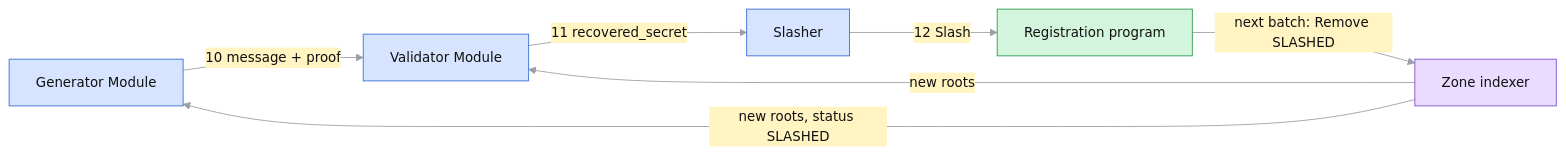
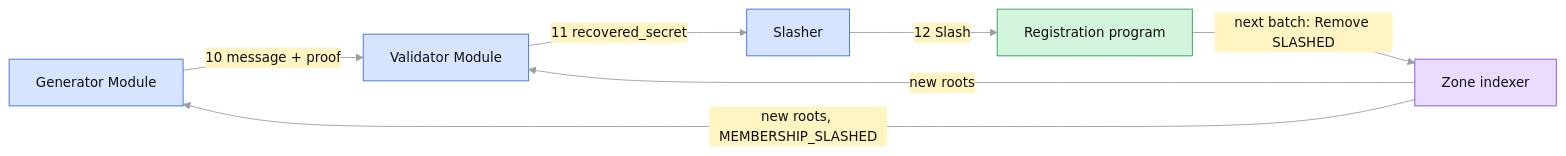
Before and after one commit to logos-co/logos-rln-membership-zone: the second of 8 diagrams in docs/rfc-rln-membership-zone.md, drawn with Mermaid. The commit also changed other lines of this file, not shown here.

````diff
--- a/docs/rfc-rln-membership-zone.md
+++ b/docs/rfc-rln-membership-zone.md
@@ -205,17 +226,17 @@
 ```mermaid
 %%{init: {"theme": "base", "flowchart": {"nodeSpacing": 40, "rankSpacing": 50}, "themeVariables": {"lineColor": "#9aa0a6", "primaryTextColor": "#111111", "edgeLabelBackground": "#fff4c2", "fontSize": "15px"}}}%%
 flowchart LR
     SND["Generator Module"] -->|"10 message + proof"| VAL["Validator Module"]
     VAL -->|"11 recovered_secret"| SL["Slasher"]
     SL -->|"12 Slash"| PROG["Registration program"]
     PROG -->|"next batch: Remove SLASHED"| IDX["Zone indexer"]
     IDX -->|"new roots"| VAL
-    IDX -->|"new roots, status SLASHED"| SND
+    IDX -->|"new roots, MEMBERSHIP_SLASHED"| SND
 
     classDef user fill:#d6e4ff,stroke:#3b6fd8,color:#111111
     classDef lez fill:#d4f5dd,stroke:#2e9b52,color:#111111
     classDef zone fill:#e9dcff,stroke:#7d4fd1,color:#111111
     class SND,VAL,SL user
     class PROG lez
     class IDX zone
 ```
````
